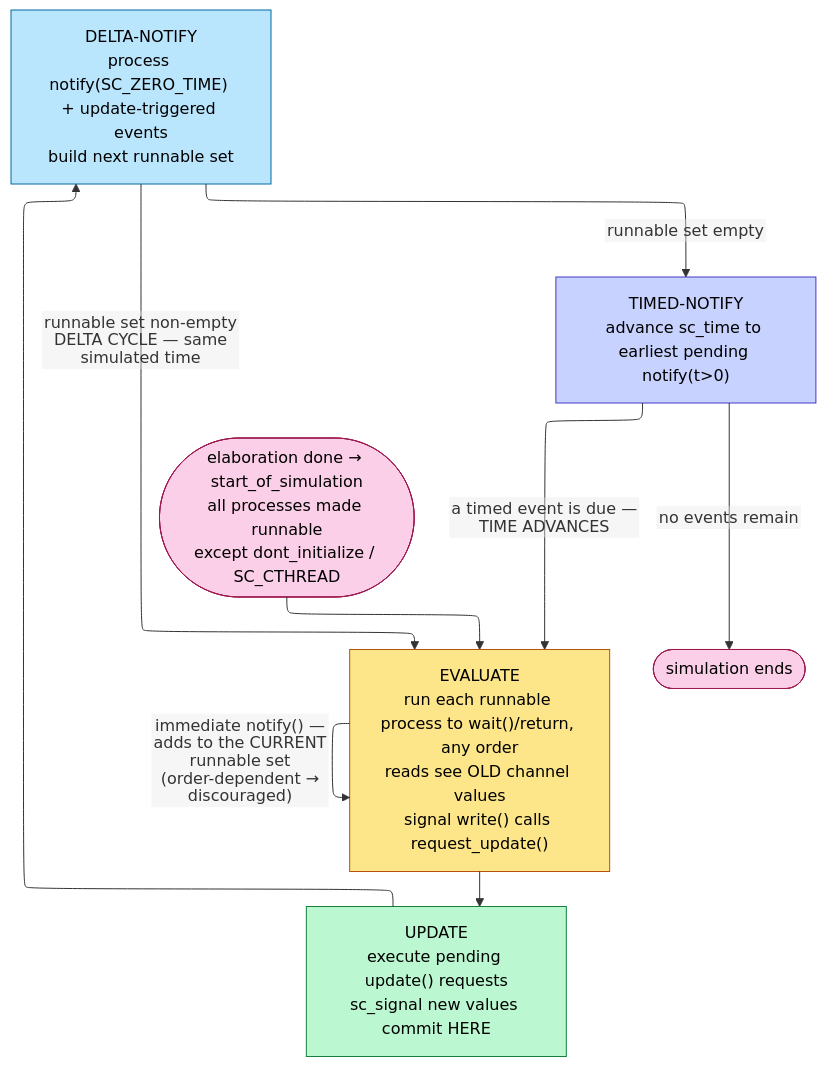
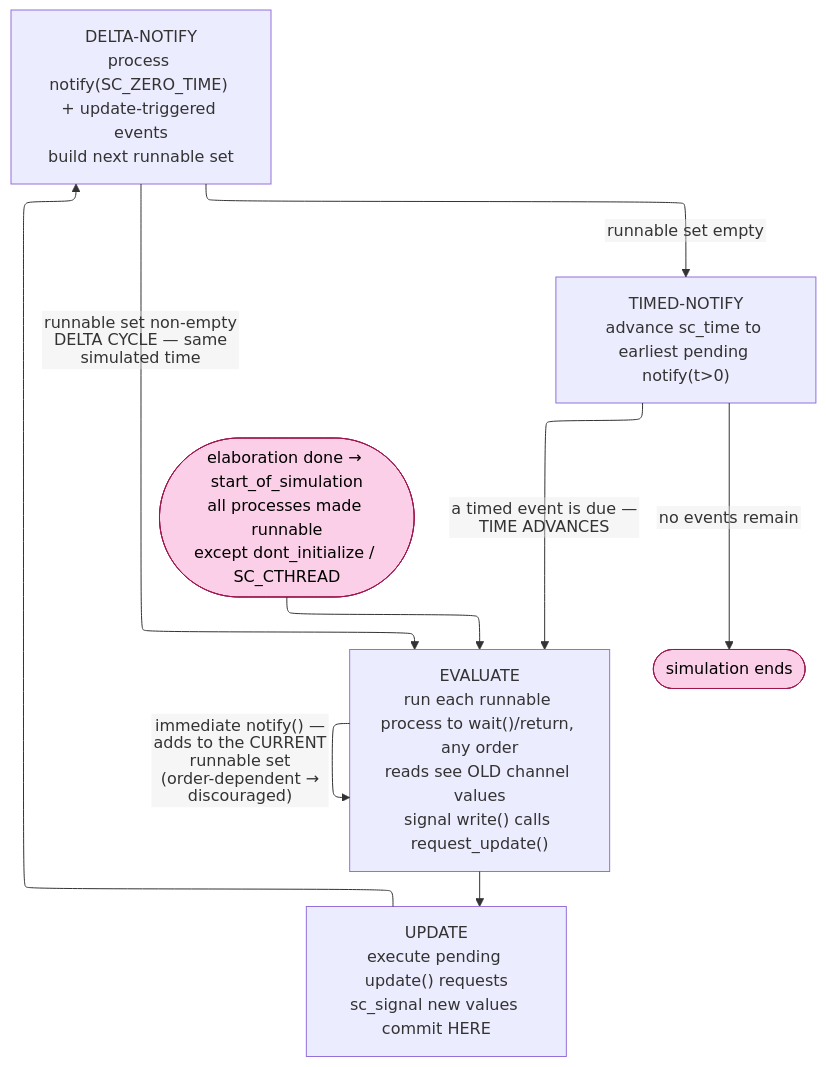
One commit to Wty2003328/silicon-design-notebook changed the third of 7 diagrams in 00_Fundamentals/05_SystemC_and_TLM.md. Above: the diagram before and after it, drawn with Mermaid. The commit also changed other lines of this file and 125 other files, not shown here.

First line of the commit message:
Complete the AMBA family, refresh the learning path, and make every figure and formula actually render

````diff
--- a/00_Fundamentals/05_SystemC_and_TLM.md
+++ b/00_Fundamentals/05_SystemC_and_TLM.md
@@ -75,18 +75,14 @@
 ```mermaid
 %%{init: {"flowchart": {"defaultRenderer": "elk", "nodeSpacing": 55, "rankSpacing": 45, "htmlLabels": false}}}%%
 flowchart TD
     INIT([elaboration done → start_of_simulation<br/>all processes made runnable<br/>except dont_initialize / SC_CTHREAD]):::se --> EVAL
-    EVAL["EVALUATE<br/>run each runnable process to wait()/return, any order<br/>reads see OLD channel values<br/>signal write() calls request_update()"]:::ev
+    EVAL["EVALUATE<br/>run each runnable process to wait()/return, any order<br/>reads see OLD channel values<br/>signal write() calls request_update()"]
     EVAL -->|"immediate notify() — adds to the CURRENT runnable set<br/>(order-dependent → discouraged)"| EVAL
-    EVAL --> UPD["UPDATE<br/>execute pending update() requests<br/>sc_signal new values commit HERE"]:::up
-    UPD --> DN["DELTA-NOTIFY<br/>process notify(SC_ZERO_TIME) + update-triggered events<br/>build next runnable set"]:::dn
+    EVAL --> UPD["UPDATE<br/>execute pending update() requests<br/>sc_signal new values commit HERE"]
+    UPD --> DN["DELTA-NOTIFY<br/>process notify(SC_ZERO_TIME) + update-triggered events<br/>build next runnable set"]
     DN -->|"runnable set non-empty<br/>DELTA CYCLE — same simulated time"| EVAL
-    DN -->|"runnable set empty"| TIMED["TIMED-NOTIFY<br/>advance sc_time to earliest pending notify(t>0)"]:::tn
+    DN -->|"runnable set empty"| TIMED["TIMED-NOTIFY<br/>advance sc_time to earliest pending notify(t>0)"]
     TIMED -->|"a timed event is due — TIME ADVANCES"| EVAL
     TIMED -->|"no events remain"| DONE([simulation ends]):::se
     classDef se fill:#fbcfe8,stroke:#9d174d,color:#000
-    classDef ev fill:#fde68a,stroke:#b45309,color:#000
-    classDef up fill:#bbf7d0,stroke:#15803d,color:#000
-    classDef dn fill:#bae6fd,stroke:#0369a1,color:#000
-    classDef tn fill:#c7d2fe,stroke:#4338ca,color:#000
 ```
````
